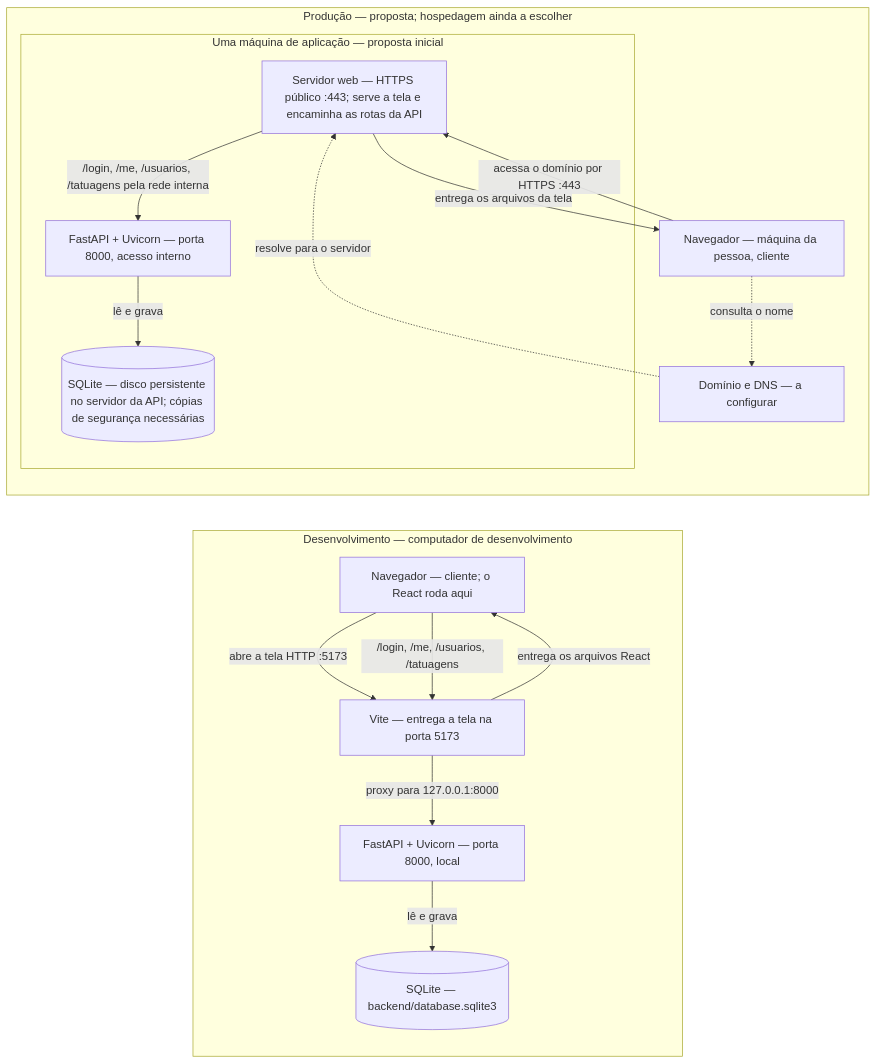
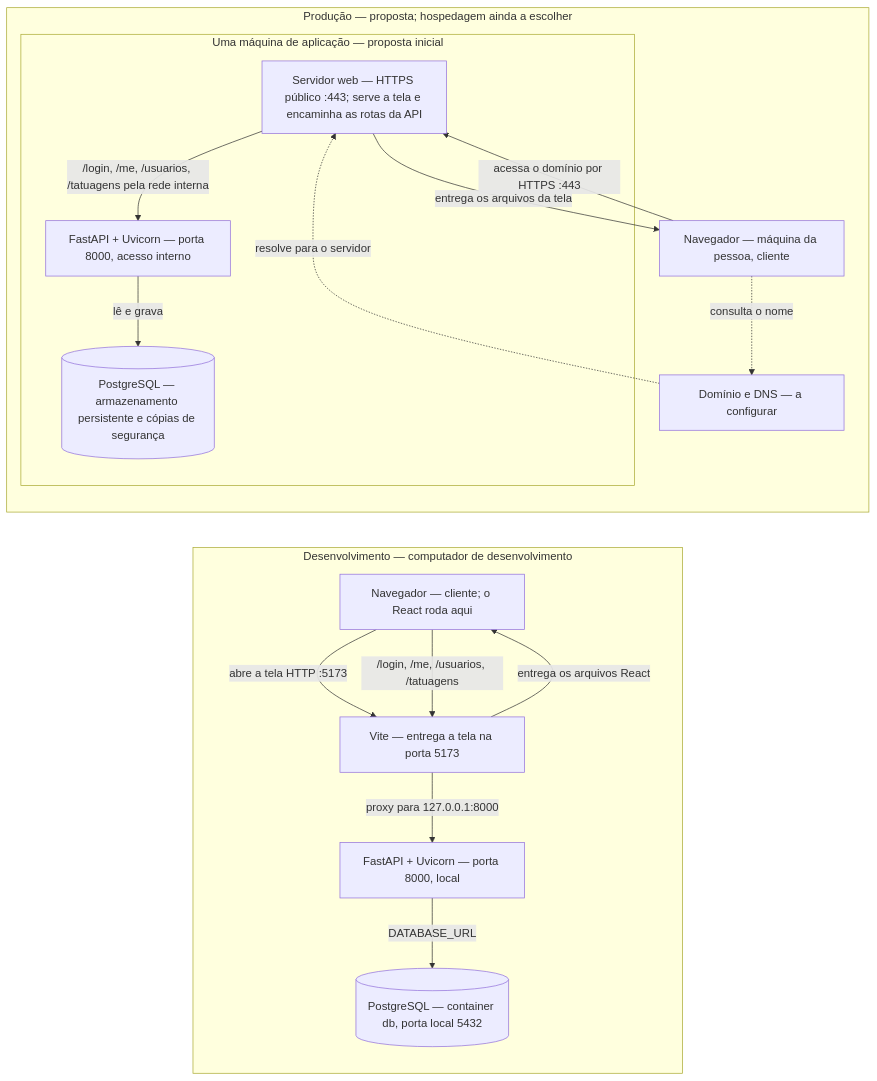
The diagram in .Docs/infra.md (AlexRock1000/AvaliacaoBackend), drawn with Mermaid before and after one commit. The commit also changed other lines of this file and 13 other files, not shown here.

Commit message:
Feito a troca do SQLite, o backend está configurado para PostgreSQL com Psycopg.

````diff
--- a/.Docs/infra.md
+++ b/.Docs/infra.md
@@ -7,30 +7,30 @@
 ```mermaid
 flowchart LR
   subgraph DEV["Desenvolvimento — computador de desenvolvimento"]
     navegadorDev["Navegador — cliente; o React roda aqui"]
     vite["Vite — entrega a tela na porta 5173"]
     apiDev["FastAPI + Uvicorn — porta 8000, local"]
-    bancoDev[("SQLite — backend/database.sqlite3")]
+    bancoDev[("PostgreSQL — container db, porta local 5432")]
     navegadorDev -->|abre a tela HTTP :5173| vite
     vite -->|entrega os arquivos React| navegadorDev
     navegadorDev -->|/login, /me, /usuarios, /tatuagens| vite
     vite -->|proxy para 127.0.0.1:8000| apiDev
-    apiDev -->|lê e grava| bancoDev
+    apiDev -->|DATABASE_URL| bancoDev
   end
 
   subgraph PROD["Produção — proposta; hospedagem ainda a escolher"]
     navegadorProd["Navegador — máquina da pessoa, cliente"]
     dns["Domínio e DNS — a configurar"]
     subgraph SERVIDOR["Uma máquina de aplicação — proposta inicial"]
       web["Servidor web — HTTPS público :443; serve a tela e encaminha as rotas da API"]
       apiProd["FastAPI + Uvicorn — porta 8000, acesso interno"]
-      bancoProd[("SQLite — disco persistente no servidor da API; cópias de segurança necessárias")]
+      bancoProd[("PostgreSQL — armazenamento persistente e cópias de segurança")]
       web -->|/login, /me, /usuarios, /tatuagens pela rede interna| apiProd
       apiProd -->|lê e grava| bancoProd
     end
     navegadorProd -.->|consulta o nome| dns
     dns -.->|resolve para o servidor| web
     navegadorProd -->|acessa o domínio por HTTPS :443| web
     web -->|entrega os arquivos da tela| navegadorProd
   end
 ```
````
